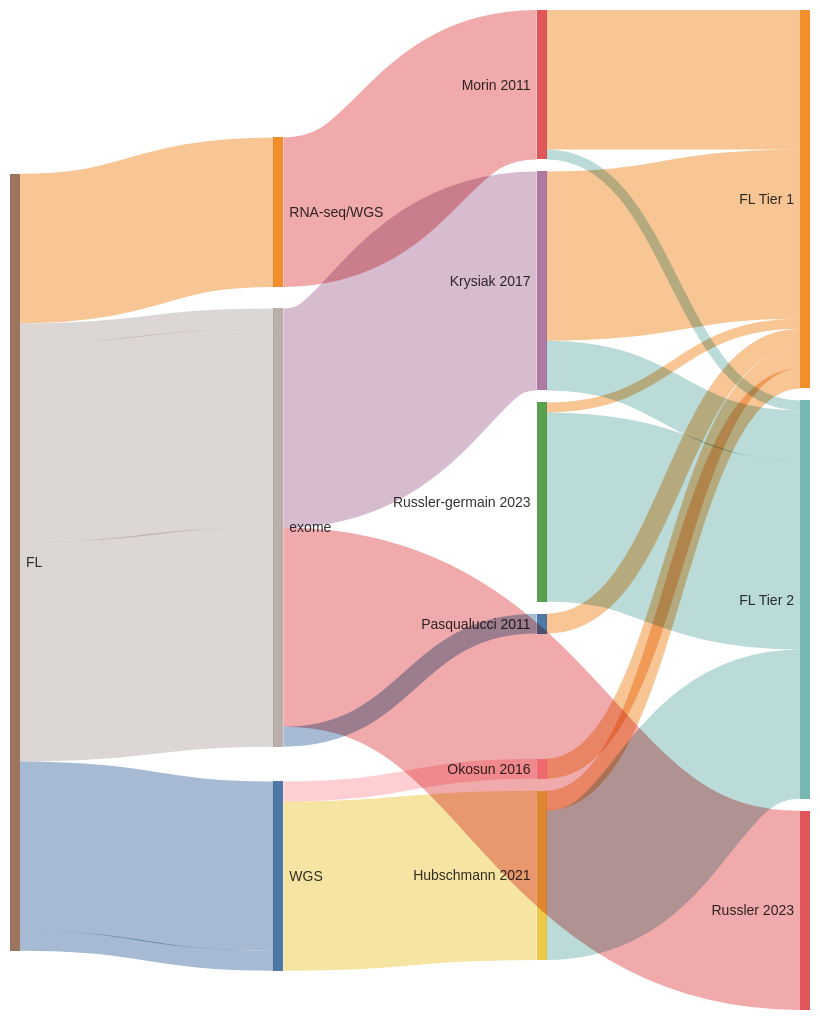
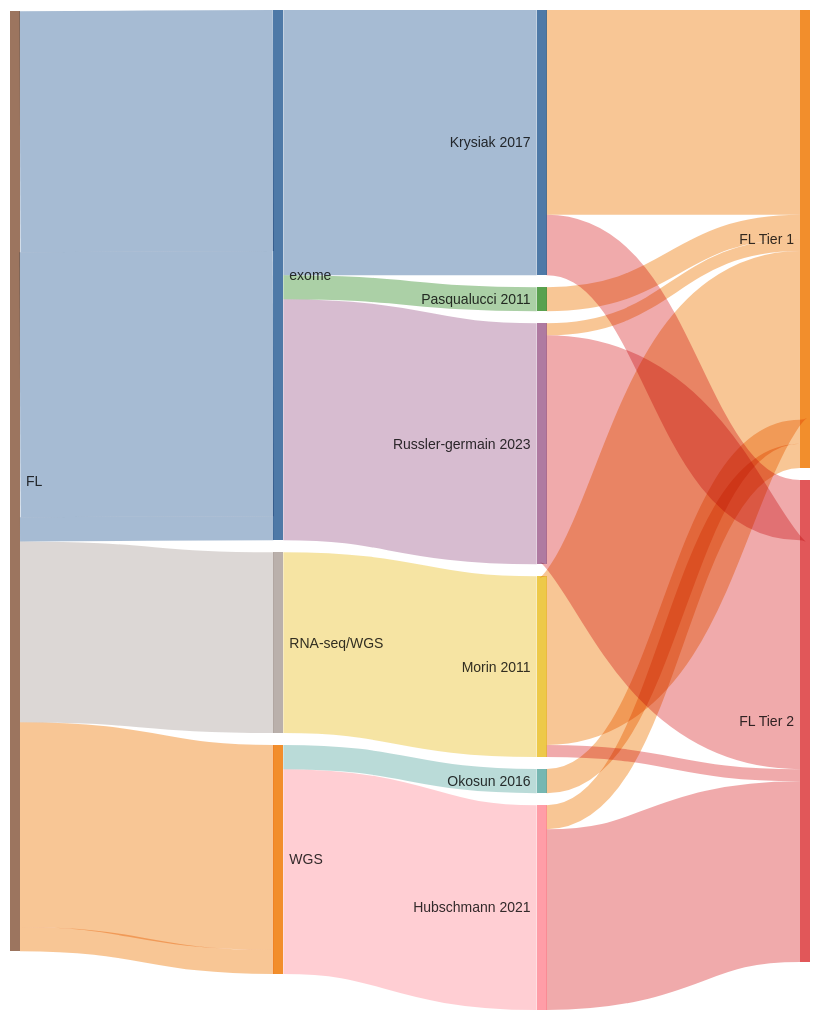
The diagram in FL_sankey.md (morinlab/lymphopedia), drawn with Mermaid before and after one commit. The commit also changed 2 other files, not shown here.

````diff
--- a/FL_sankey.md
+++ b/FL_sankey.md
@@ -1,34 +1,34 @@
 ```mermaid
 ---
 config:
   sankey:
     showValues: false
     linkColor: target
     width: 800
     height: 1000
     nodeAlignment: right
 ---
 sankey-beta
+Krysiak 2017, FL Tier 1, 17
+Krysiak 2017, FL Tier 2, 5
+Okosun 2016, FL Tier 1, 2
 Pasqualucci 2011, FL Tier 1, 2
 Morin 2011, FL Tier 1, 14
 Morin 2011, FL Tier 2, 1
 Russler-germain 2023, FL Tier 1, 1
 Russler-germain 2023, FL Tier 2, 19
 Hubschmann 2021, FL Tier 1, 2
 Hubschmann 2021, FL Tier 2, 15
-Krysiak 2017, FL Tier 1, 17
-Krysiak 2017, FL Tier 2, 5
-Okosun 2016, FL Tier 1, 2
-FL, exome, 2
-exome, Pasqualucci 2011, 2
-FL, WGS, 17
-WGS, Hubschmann 2021, 17
 FL, RNA-seq/WGS, 15
 RNA-seq/WGS, Morin 2011, 15
 FL, exome, 20
-exome, Russler 2023, 20
+exome, Russler-germain 2023, 20
+FL, WGS, 17
+WGS, Hubschmann 2021, 17
 FL, WGS, 2
 WGS, Okosun 2016, 2
 FL, exome, 22
 exome, Krysiak 2017, 22
+FL, exome, 2
+exome, Pasqualucci 2011, 2
 ```
````
